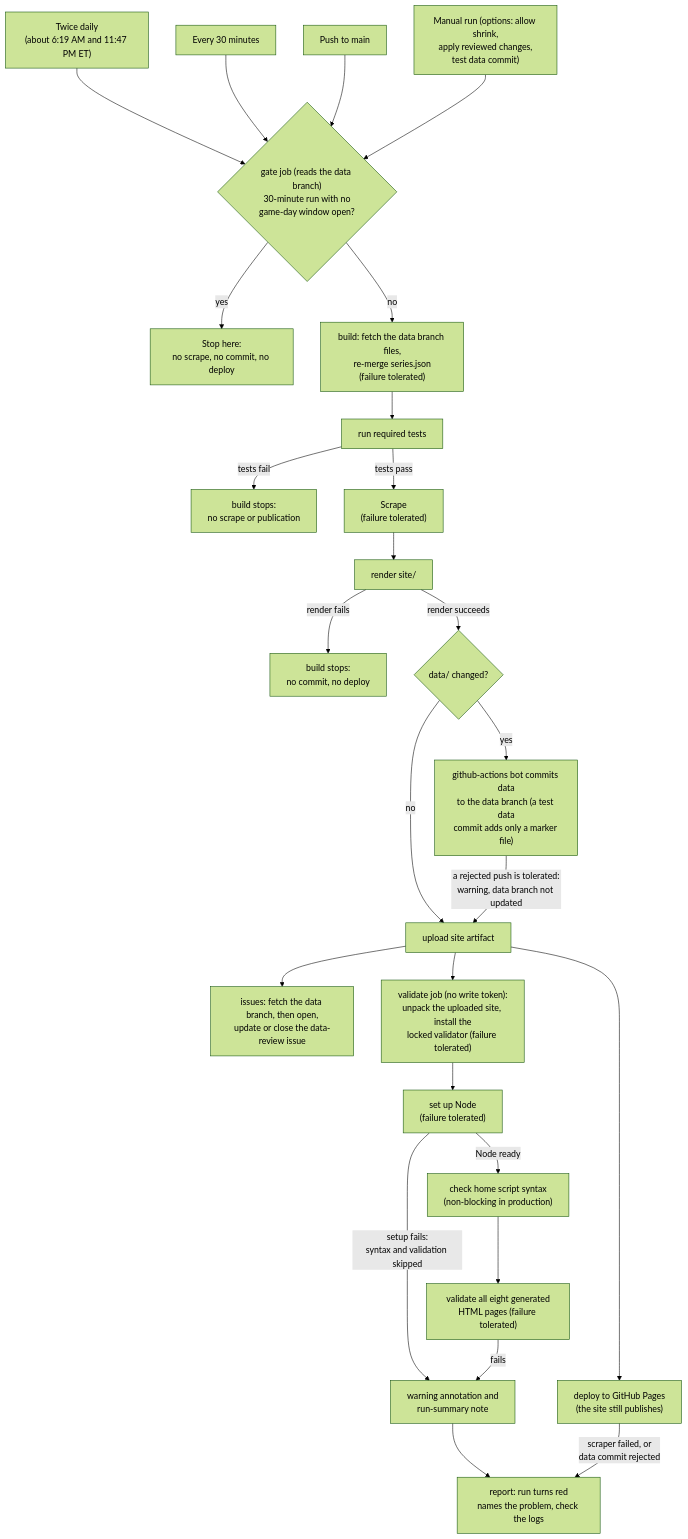
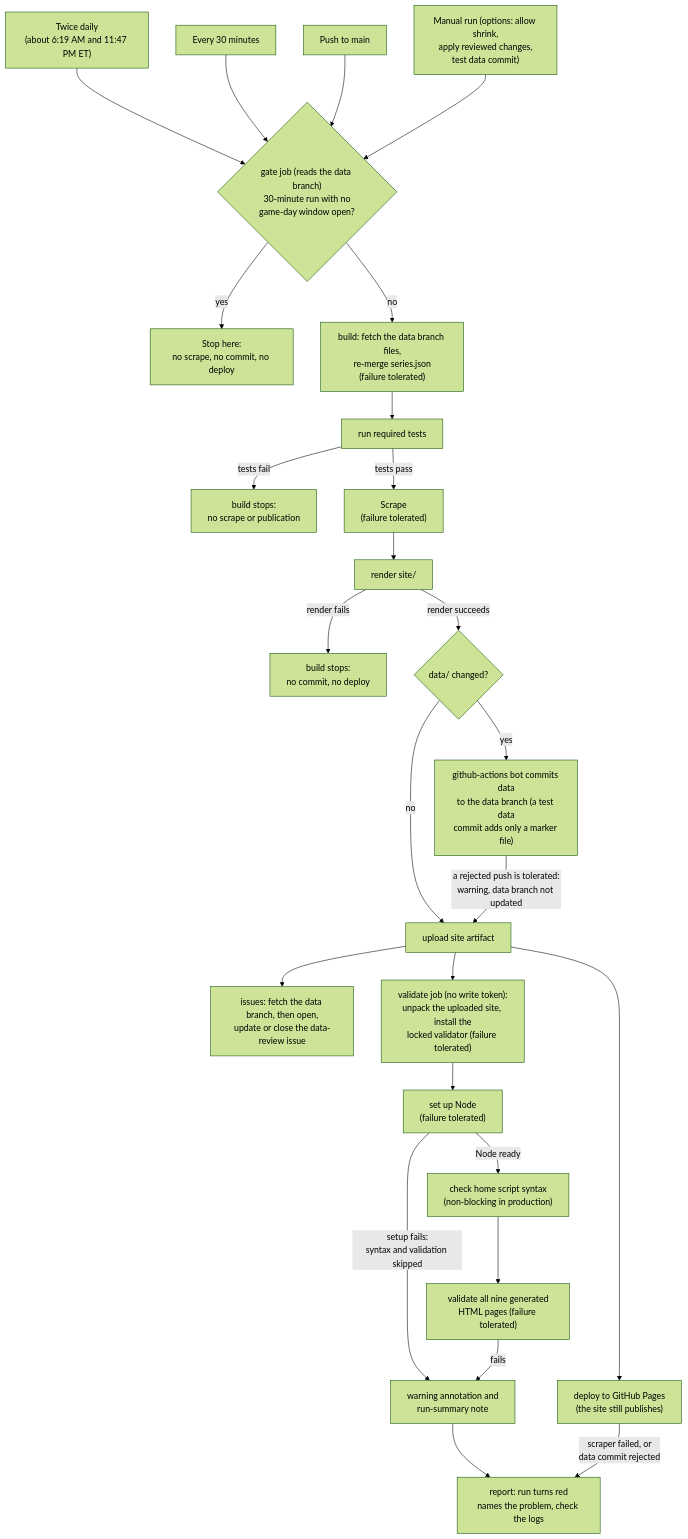
Before and after one commit to jacksonmote/DePauw-vs-Wabash-web: the second of 3 diagrams in README.md, drawn with Mermaid (forest theme). The commit also changed other lines of this file and 5 other files, not shown here.

````diff
--- a/README.md
+++ b/README.md
@@ -216,29 +222,29 @@
 ```mermaid
 flowchart TD
   T1["Twice daily<br/>(about 6:19 AM and 11:47 PM ET)"] --> G
   T2["Every 30 minutes"] --> G
   T3["Push to main"] --> G
   T4["Manual run (options: allow shrink,<br/>apply reviewed changes,<br/>test data commit)"] --> G
   G{"gate job (reads the data branch)<br/>30-minute run with no<br/>game-day window open?"}
   G -- "yes" --> X["Stop here:<br/>no scrape, no commit, no deploy"]
   G -- "no" --> F["build: fetch the data branch files,<br/>re-merge series.json<br/>(failure tolerated)"]
   F --> B["run required tests"]
   B -- "tests fail" --> TF["build stops:<br/>no scrape or publication"]
   B -- "tests pass" --> S["Scrape<br/>(failure tolerated)"]
   S --> R["render site/"]
   R -- "render fails" --> RF["build stops:<br/>no commit, no deploy"]
   R -- "render succeeds" --> C{"data/ changed?"}
   C -- "yes" --> CM["github-actions bot commits data<br/>to the data branch (a test data<br/>commit adds only a marker file)"]
   C -- "no" --> U
   CM -- "a rejected push is tolerated:<br/>warning, data branch not updated" --> U["upload site artifact"]
   U --> D["deploy to GitHub Pages<br/>(the site still publishes)"]
   U --> IS["issues: fetch the data branch, then open,<br/>update or close the data-review issue"]
   U --> VJ["validate job (no write token):<br/>unpack the uploaded site, install the<br/>locked validator (failure tolerated)"]
   VJ --> N["set up Node<br/>(failure tolerated)"]
   N -- "Node ready" --> JS["check home script syntax<br/>(non-blocking in production)"]
-  JS --> V["validate all eight generated<br/>HTML pages (failure tolerated)"]
+  JS --> V["validate all nine generated<br/>HTML pages (failure tolerated)"]
   N -- "setup fails:<br/>syntax and validation skipped" --> W["warning annotation and<br/>run-summary note"]
   V -- "fails" --> W
   W --> RP
   D -- "scraper failed, or<br/>data commit rejected" --> RP["report: run turns red<br/>names the problem, check the logs"]
 ```
````
